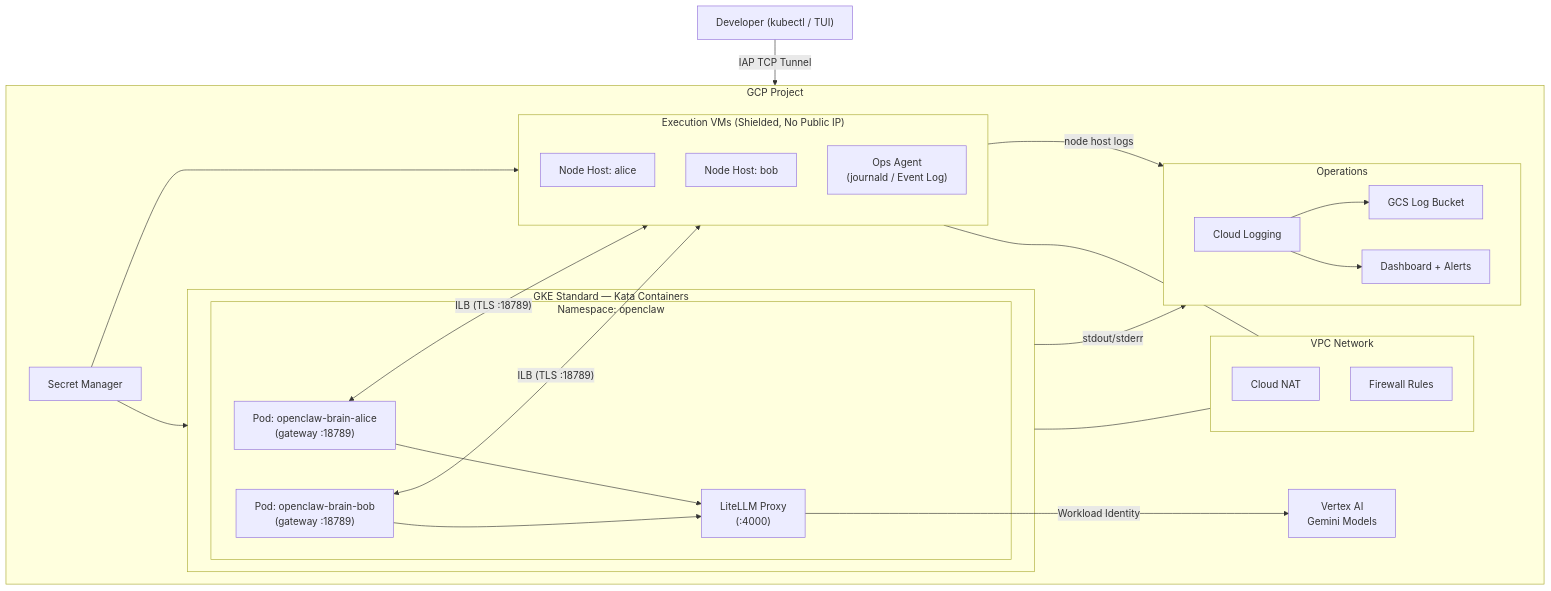
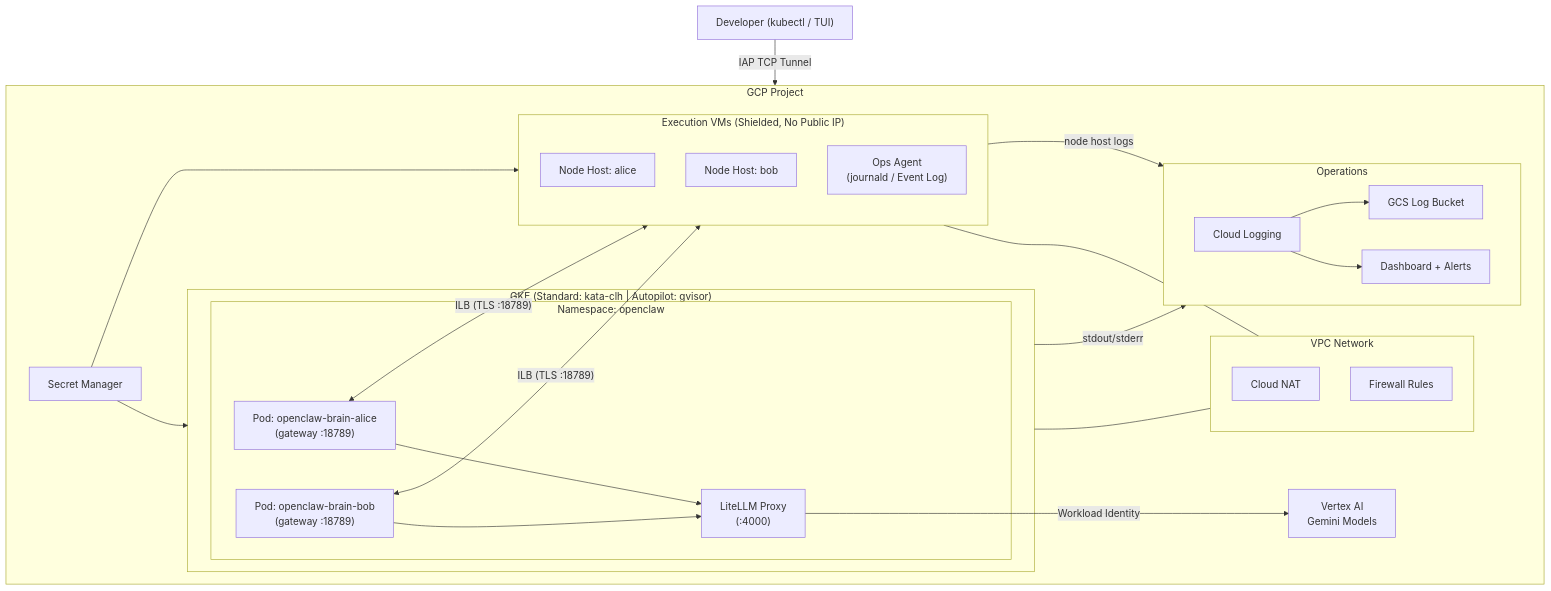
One commit to zken-cloud/openclaw-gke changed the second of 4 diagrams in README.md. Above: the diagram before and after it, drawn with Mermaid. The commit also changed other lines of this file and 8 other files, not shown here.

Commit message:
Add GKE gVisor sandbox runtime option in Autopilot mode

````diff
--- a/README.md
+++ b/README.md
@@ -98,54 +99,54 @@
 ```mermaid
 graph TD
     Dev["Developer (kubectl / TUI)"]
 
     Dev -->|"IAP TCP Tunnel"| GCP
 
     subgraph GCP["GCP Project"]
 
-        subgraph GKE["GKE Standard — Kata Containers"]
+        subgraph GKE["GKE (Standard: kata-clh  |  Autopilot: gvisor)"]
             subgraph NS["Namespace: openclaw"]
                 PodA["Pod: openclaw-brain-alice\n(gateway :18789)"]
                 PodB["Pod: openclaw-brain-bob\n(gateway :18789)"]
                 LITELLM["LiteLLM Proxy\n(:4000)"]
                 PodA --> LITELLM
                 PodB --> LITELLM
             end
         end
 
         subgraph VM["Execution VMs (Shielded, No Public IP)"]
             direction TB
             NH_A["Node Host: alice"]
             NH_B["Node Host: bob"]
             OPS["Ops Agent\n(journald / Event Log)"]
         end
 
         PodA <-->|"ILB (TLS :18789)"| NH_A
         PodB <-->|"ILB (TLS :18789)"| NH_B
 
         LITELLM -->|"Workload Identity"| Vertex["Vertex AI\nGemini Models"]
 
         SM["Secret Manager"] --> GKE
         SM --> VM
 
         subgraph Ops["Operations"]
             direction LR
             Logging["Cloud Logging"]
             GCS["GCS Log Bucket"]
             Mon["Dashboard + Alerts"]
             Logging --> GCS
             Logging --> Mon
         end
 
         GKE -->|"stdout/stderr"| Logging
         OPS -->|"node host logs"| Logging
 
         subgraph Net["VPC Network"]
             NAT["Cloud NAT"]
             FW["Firewall Rules"]
         end
 
         GKE --- Net
         VM --- Net
     end
 ```
````
